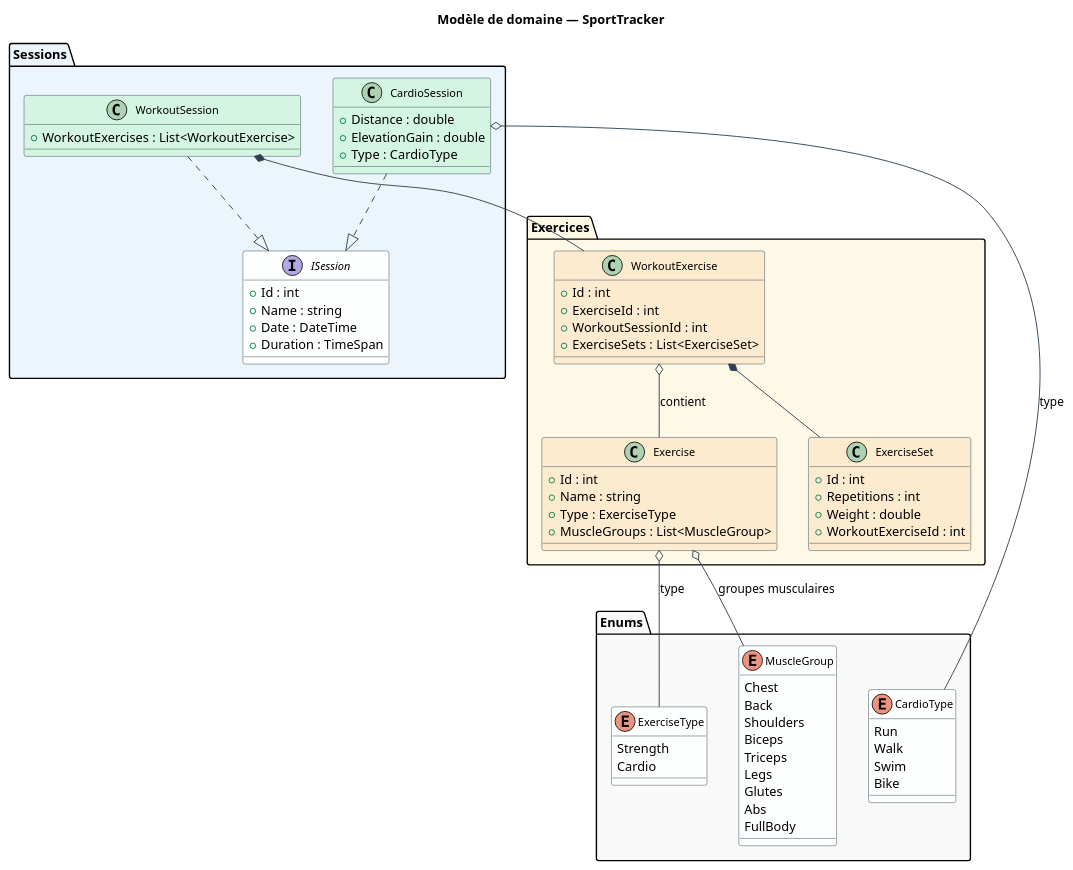
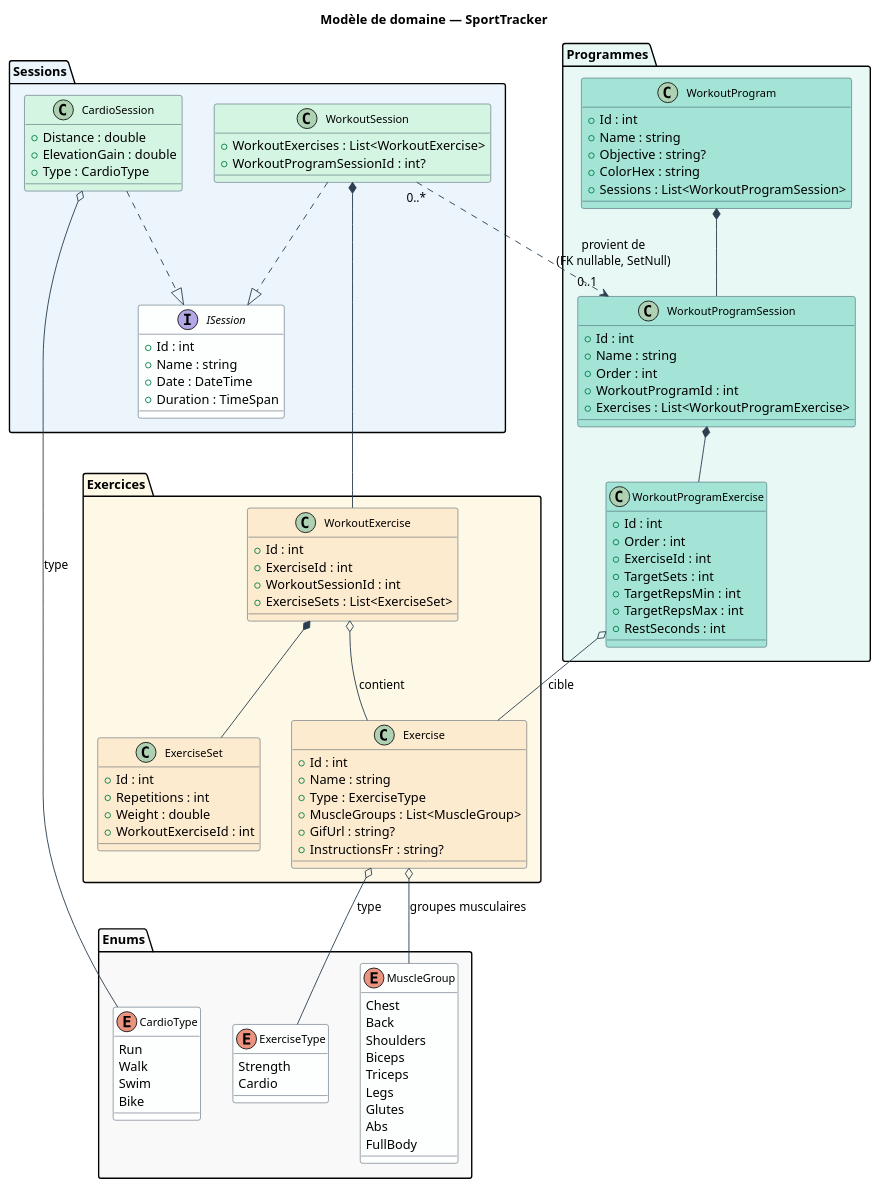
The diagram in Docs/Model/domain-model.puml (genwox/SportTracker), drawn with PlantUML before and after one commit. The commit also changed 6 other files, not shown here.

First line of the commit message:
fix: hoist shared CSS to global app.css + update CLAUDE.md and diagrams

```diff
--- a/Docs/Model/domain-model.puml
+++ b/Docs/Model/domain-model.puml
@@ -1,103 +1,142 @@
 @startuml
 title Modèle de domaine — SportTracker
 
 skinparam class {
     BackgroundColor #FDFEFE
     BorderColor #2C3E50
     ArrowColor #2C3E50
     FontSize 12
 }
 
 skinparam interface {
     BackgroundColor #D6EAF8
     BorderColor #2980B9
 }
 
 skinparam enum {
     BackgroundColor #FEF9E7
     BorderColor #F39C12
 }
 
 package "Sessions" #EBF5FB {
     interface ISession {
         + Id : int
         + Name : string
         + Date : DateTime
         + Duration : TimeSpan
     }
 
     class WorkoutSession #D5F5E3 {
         + WorkoutExercises : List<WorkoutExercise>
+        + WorkoutProgramSessionId : int?
     }
 
     class CardioSession #D5F5E3 {
         + Distance : double
         + ElevationGain : double
         + Type : CardioType
     }
 }
 
+package "Programmes" #E8F8F5 {
+    class WorkoutProgram #A3E4D7 {
+        + Id : int
+        + Name : string
+        + Objective : string?
+        + ColorHex : string
+        + Sessions : List<WorkoutProgramSession>
+    }
+
+    class WorkoutProgramSession #A3E4D7 {
+        + Id : int
+        + Name : string
+        + Order : int
+        + WorkoutProgramId : int
+        + Exercises : List<WorkoutProgramExercise>
+    }
+
+    class WorkoutProgramExercise #A3E4D7 {
+        + Id : int
+        + Order : int
+        + ExerciseId : int
+        + TargetSets : int
+        + TargetRepsMin : int
+        + TargetRepsMax : int
+        + RestSeconds : int
+    }
+}
+
 package "Exercices" #FEF9E7 {
     class Exercise #FDEBD0 {
         + Id : int
         + Name : string
         + Type : ExerciseType
         + MuscleGroups : List<MuscleGroup>
+        + GifUrl : string?
+        + InstructionsFr : string?
     }
 
     class WorkoutExercise #FDEBD0 {
         + Id : int
         + ExerciseId : int
         + WorkoutSessionId : int
         + ExerciseSets : List<ExerciseSet>
     }
 
     class ExerciseSet #FDEBD0 {
         + Id : int
         + Repetitions : int
         + Weight : double
         + WorkoutExerciseId : int
     }
 }
 
 package "Enums" #F9F9F9 {
     enum ExerciseType {
         Strength
         Cardio
     }
 
     enum CardioType {
         Run
         Walk
         Swim
         Bike
     }
 
     enum MuscleGroup {
         Chest
         Back
         Shoulders
         Biceps
         Triceps
         Legs
         Glutes
         Abs
         FullBody
     }
 }
 
 ' Implémentations
 WorkoutSession ..|> ISession
 CardioSession ..|> ISession
 
-' Composition
+' Composition — Sessions
 WorkoutSession *-- WorkoutExercise
 WorkoutExercise *-- ExerciseSet
 
+' Composition — Programmes
+WorkoutProgram *-- WorkoutProgramSession
+WorkoutProgramSession *-- WorkoutProgramExercise
+
 ' Associations
 WorkoutExercise o-- Exercise : contient
+WorkoutProgramExercise o-- Exercise : cible
 Exercise o-- ExerciseType : type
 Exercise o-- MuscleGroup : groupes musculaires
 CardioSession o-- CardioType : type
 
+' Lien Programme → Historique
+WorkoutSession "0..*" ..> "0..1" WorkoutProgramSession : provient de\n(FK nullable, SetNull)
+
 @enduml
```
